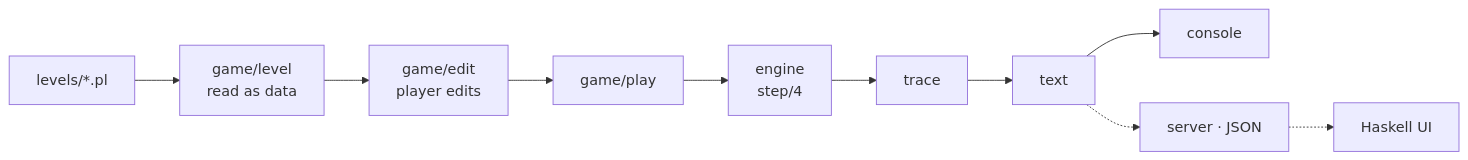
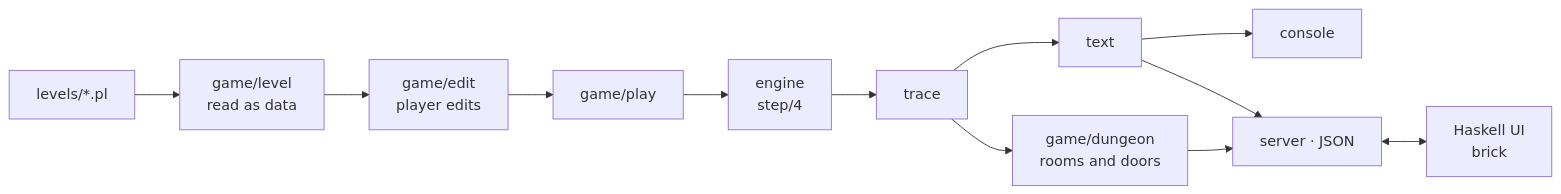
The diagram in docs/architecture.md (andr-migue/closed-world), drawn with Mermaid before and after one commit. The commit also changed other lines of this file and 1 other file, not shown here.

Commit message:
document dungeon, server and interface

````diff
--- a/docs/architecture.md
+++ b/docs/architecture.md
@@ -5,12 +5,14 @@
 ```mermaid
 flowchart LR
     L["levels/*.pl"] --> R["game/level<br/>read as data"]
     R --> E["game/edit<br/>player edits"]
     E --> P["game/play"]
     P --> M["engine<br/>step/4"]
     M --> T["trace"]
+    T --> D["game/dungeon<br/>rooms and doors"]
     T --> X["text"]
     X --> C["console"]
-    X -.-> S["server · JSON"]
-    S -.-> H["Haskell UI"]
+    D --> S["server · JSON"]
+    X --> S
+    S <--> H["Haskell UI<br/>brick"]
 ```
````
